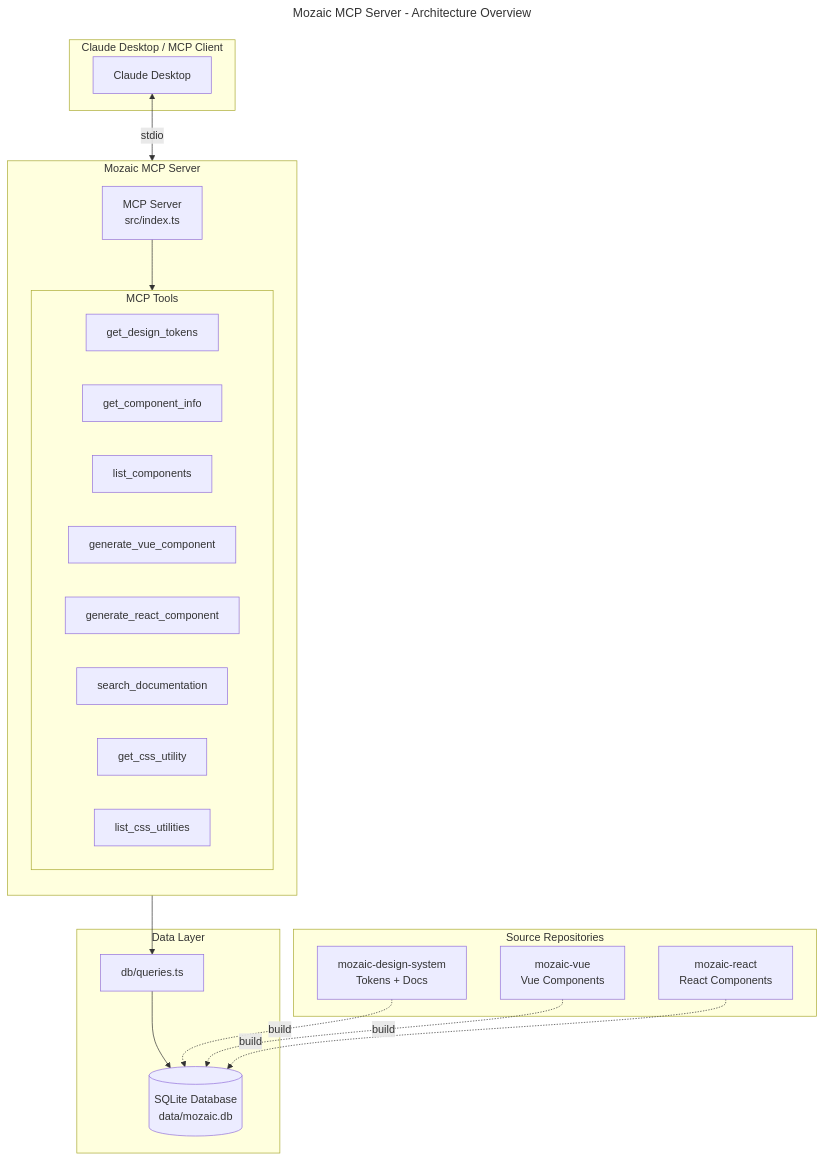
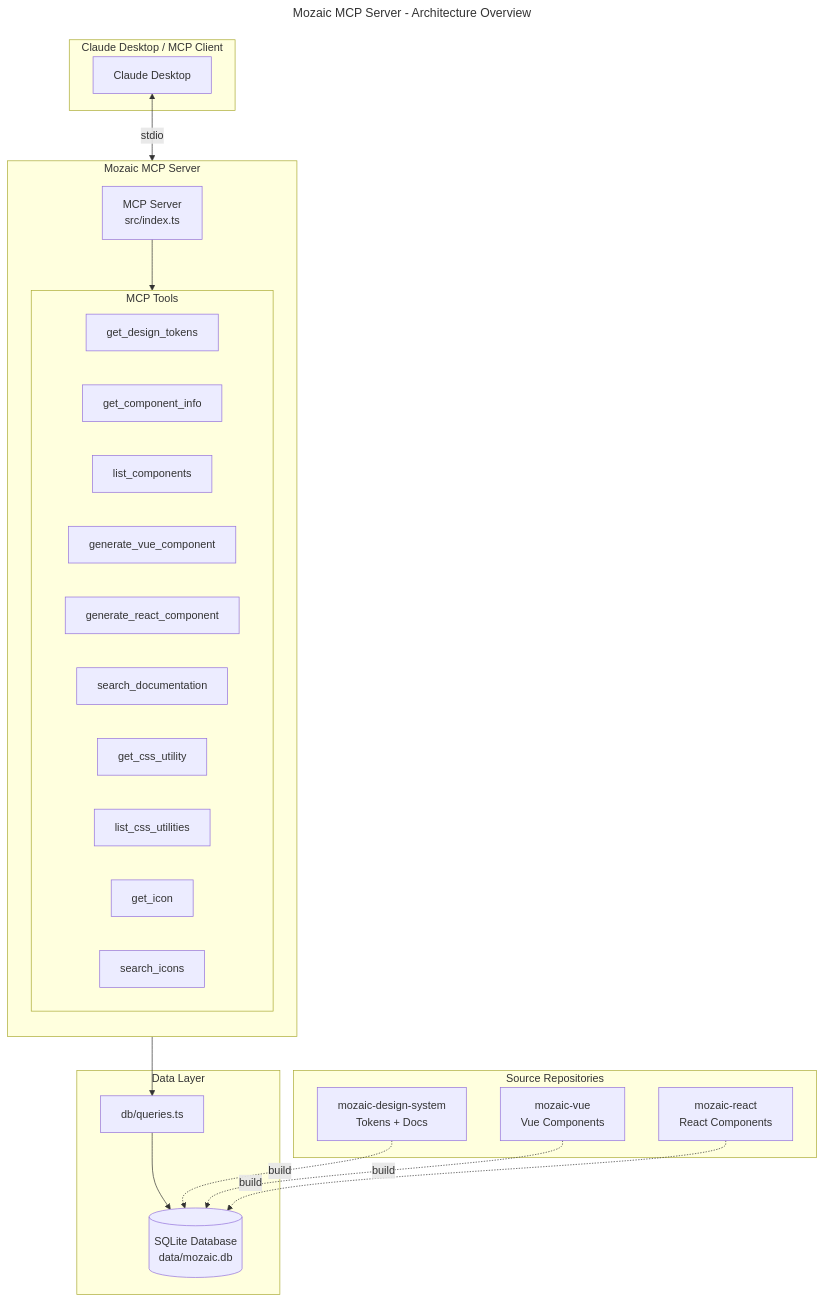
One commit to MerzoukeMansouri/adeo-mozaic-mcp changed the diagram in docs/assets/architecture.mmd. Above: the diagram before and after it, drawn with Mermaid. The commit also changed 12 other files, not shown here.

```diff
--- a/docs/assets/architecture.mmd
+++ b/docs/assets/architecture.mmd
@@ -1,44 +1,46 @@
 ---
 title: Mozaic MCP Server - Architecture Overview
 ---
 flowchart TB
     subgraph Client["Claude Desktop / MCP Client"]
         CD[Claude Desktop]
     end
 
     subgraph MCP["Mozaic MCP Server"]
         direction TB
         Server[MCP Server<br/>src/index.ts]
 
         subgraph Tools["MCP Tools"]
             T1[get_design_tokens]
             T2[get_component_info]
             T3[list_components]
             T4[generate_vue_component]
             T5[generate_react_component]
             T6[search_documentation]
             T7[get_css_utility]
             T8[list_css_utilities]
+            T9[get_icon]
+            T10[search_icons]
         end
 
         Server --> Tools
     end
 
     subgraph Data["Data Layer"]
         DB[(SQLite Database<br/>data/mozaic.db)]
         Queries[db/queries.ts]
     end
 
     subgraph Sources["Source Repositories"]
         DS[mozaic-design-system<br/>Tokens + Docs]
         VUE[mozaic-vue<br/>Vue Components]
         REACT[mozaic-react<br/>React Components]
     end
 
     CD <-->|stdio| Server
     Tools --> Queries
     Queries --> DB
 
     DS -.->|build| DB
     VUE -.->|build| DB
     REACT -.->|build| DB
```
